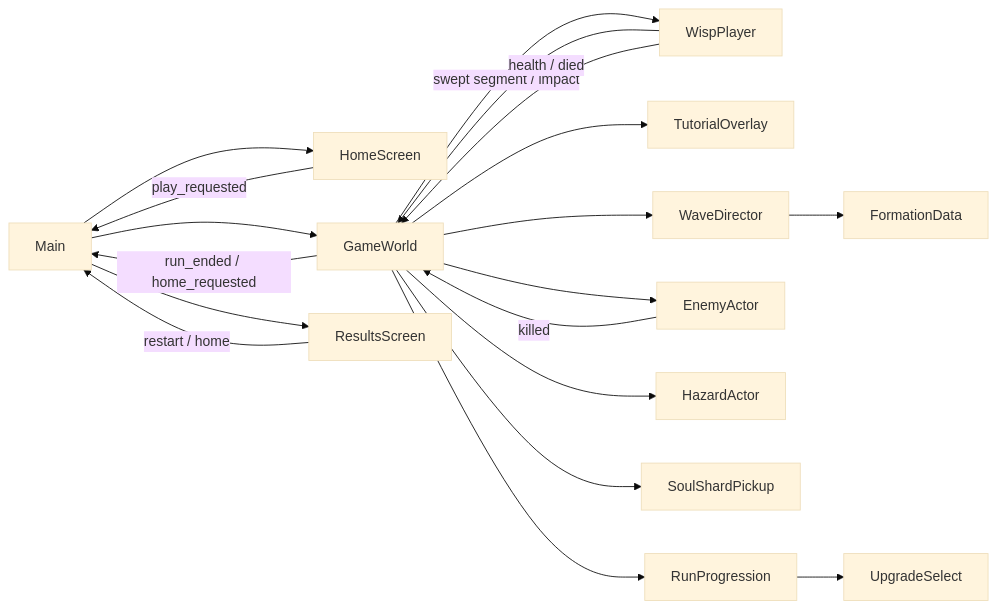
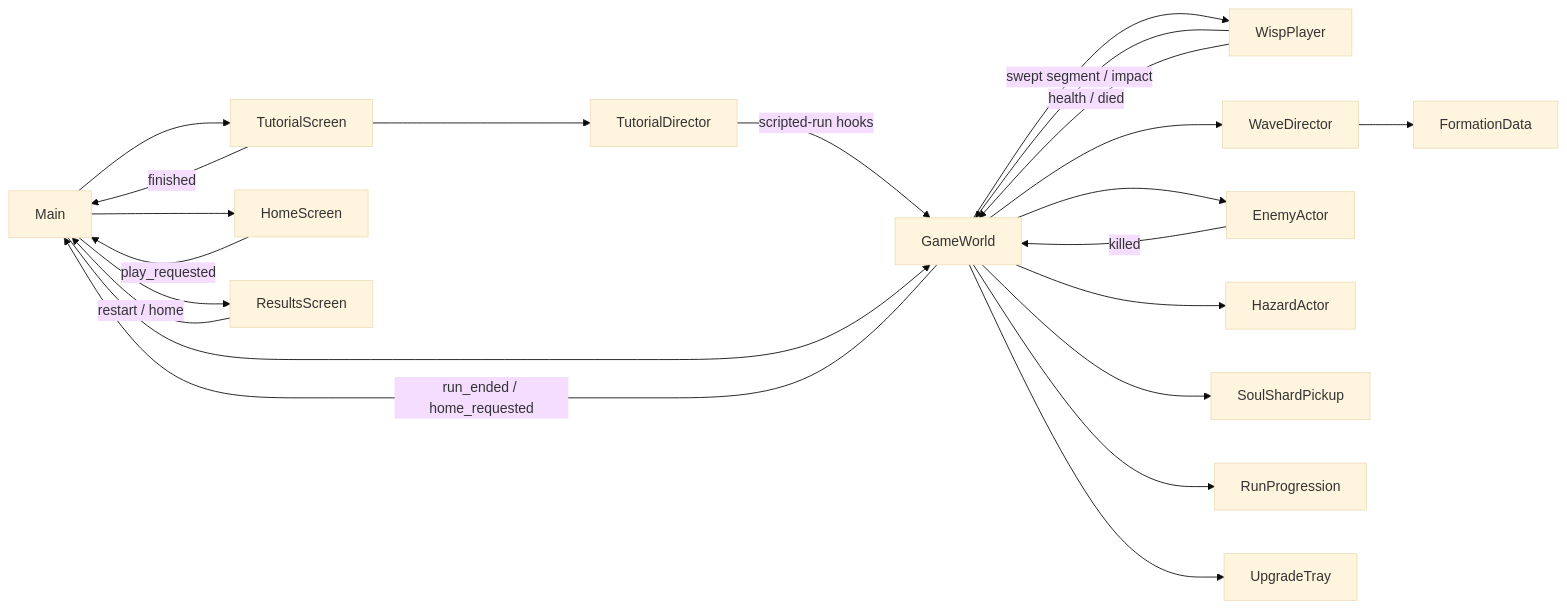
The diagram in docs/PROJECT_CONTEXT.md (anonymusdeveloper1/Wisp-Rush), drawn with Mermaid (base theme) before and after one commit. The commit also changed other lines of this file and 502 other files, not shown here.

````diff
--- a/docs/PROJECT_CONTEXT.md
+++ b/docs/PROJECT_CONTEXT.md
@@ -85,21 +86,24 @@
 ```mermaid
 flowchart LR
+  Main --> TutorialScreen
+  TutorialScreen --> TutorialDirector
+  TutorialDirector -- scripted-run hooks --> GameWorld
+  TutorialScreen -- finished --> Main
   Main --> HomeScreen
   HomeScreen -- play_requested --> Main
   Main --> GameWorld
   Main --> ResultsScreen
   GameWorld --> WispPlayer
-  GameWorld --> TutorialOverlay
   GameWorld --> WaveDirector
   WaveDirector --> FormationData
   GameWorld --> EnemyActor
   GameWorld --> HazardActor
   GameWorld --> SoulShardPickup
   GameWorld --> RunProgression
-  RunProgression --> UpgradeSelect
+  GameWorld --> UpgradeTray
   WispPlayer -- swept segment / impact --> GameWorld
   WispPlayer -- health / died --> GameWorld
   EnemyActor -- killed --> GameWorld
   GameWorld -- run_ended / home_requested --> Main
   ResultsScreen -- restart / home --> Main
 ```
````
